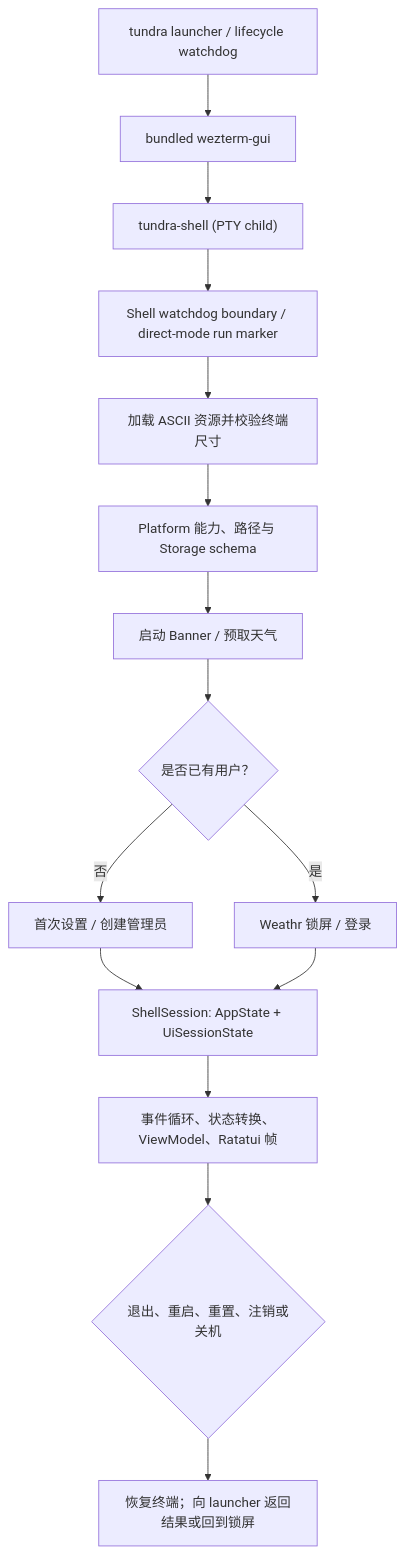
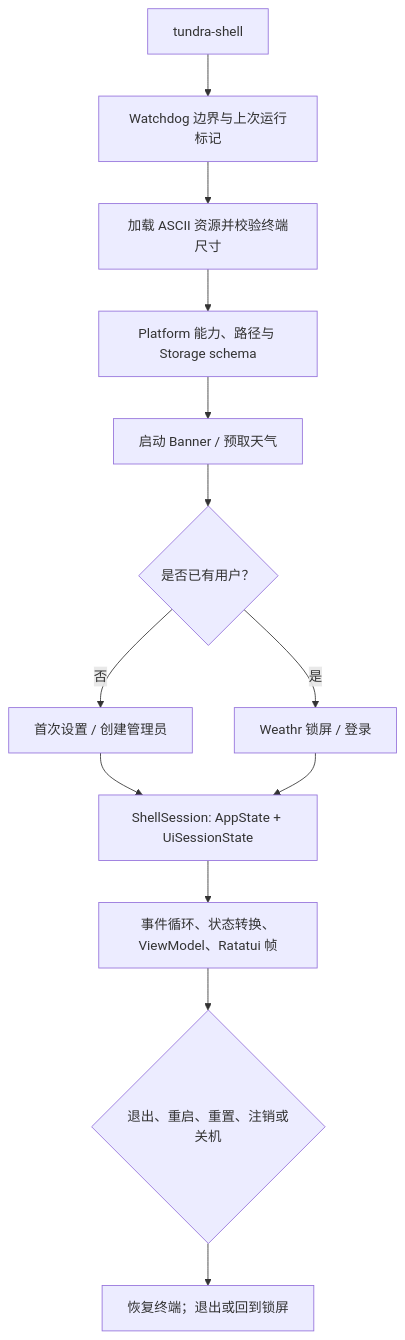
The first of 3 diagrams in README-TECHNICAL.md (peixuanthomas/TundraUX3), drawn with Mermaid before and after one commit. The commit also changed other lines of this file and 49 other files, not shown here.

````diff
--- a/README-TECHNICAL.md
+++ b/README-TECHNICAL.md
@@ -102,17 +100,15 @@
 ```mermaid
 flowchart TD
-    A["tundra launcher / lifecycle watchdog"] --> B["bundled wezterm-gui"]
-    B --> C["tundra-shell (PTY child)"]
-    C --> D["Shell watchdog boundary / direct-mode run marker"]
-    D --> E["加载 ASCII 资源并校验终端尺寸"]
-    E --> F["Platform 能力、路径与 Storage schema"]
-    F --> G["启动 Banner / 预取天气"]
-    G --> H{"是否已有用户？"}
-    H -- "否" --> I["首次设置 / 创建管理员"]
-    H -- "是" --> J["Weathr 锁屏 / 登录"]
-    I --> K["ShellSession: AppState + UiSessionState"]
-    J --> K
-    K --> L["事件循环、状态转换、ViewModel、Ratatui 帧"]
-    L --> M{"退出、重启、重置、注销或关机"}
-    M --> N["恢复终端；向 launcher 返回结果或回到锁屏"]
+    A["tundra-shell"] --> B["Watchdog 边界与上次运行标记"]
+    B --> C["加载 ASCII 资源并校验终端尺寸"]
+    C --> D["Platform 能力、路径与 Storage schema"]
+    D --> E["启动 Banner / 预取天气"]
+    E --> F{"是否已有用户？"}
+    F -- "否" --> G["首次设置 / 创建管理员"]
+    F -- "是" --> H["Weathr 锁屏 / 登录"]
+    G --> I["ShellSession: AppState + UiSessionState"]
+    H --> I
+    I --> J["事件循环、状态转换、ViewModel、Ratatui 帧"]
+    J --> K{"退出、重启、重置、注销或关机"}
+    K --> L["恢复终端；退出或回到锁屏"]
 ```
````
